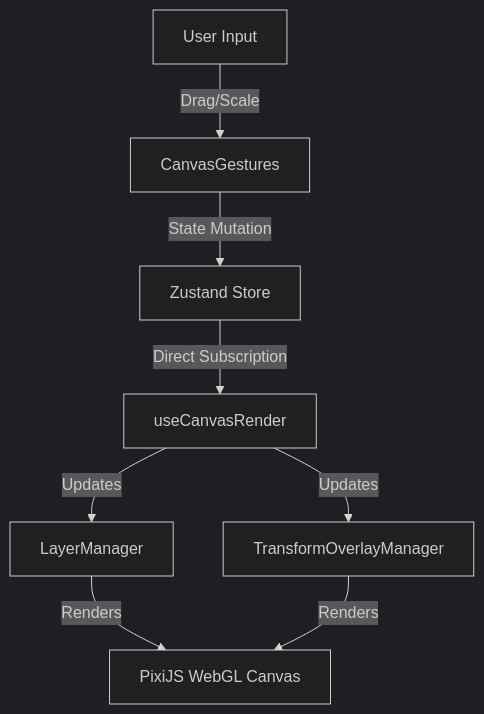
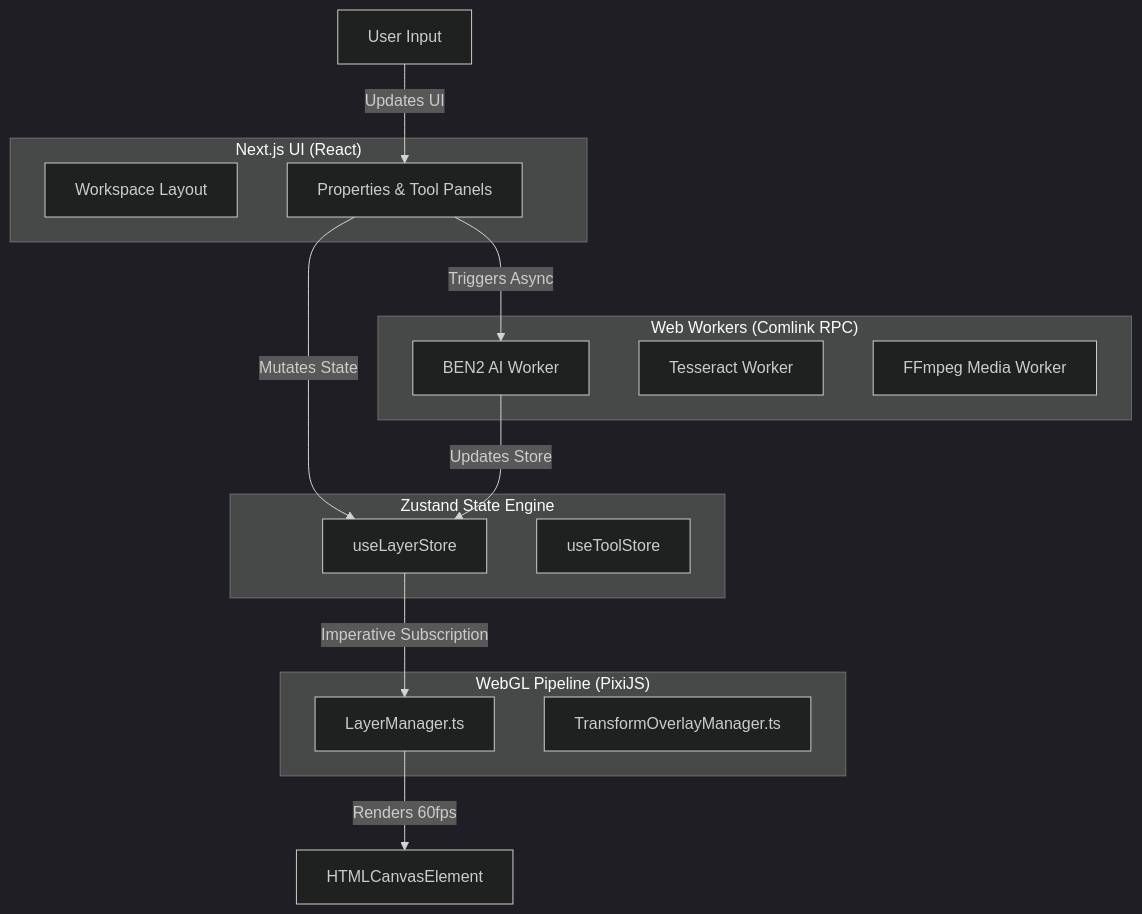
The diagram in docs/ARCHITECTURE.md (mdasifj625/fileforge), drawn with Mermaid (dark theme) before and after one commit. The commit also changed other lines of this file and 2 other files, not shown here.

Commit message:
docs: Massively enrich architecture documentation and AI rules

````diff
--- a/docs/ARCHITECTURE.md
+++ b/docs/ARCHITECTURE.md
@@ -15,10 +13,36 @@
 ```mermaid
 graph TD
-    ZustandStore[Zustand Store] -->|Direct Subscription| useCanvasRender
-    useCanvasRender -->|Updates| LayerManager
-    useCanvasRender -->|Updates| TransformOverlayManager
-    LayerManager -->|Renders| PixiJS[PixiJS WebGL Canvas]
-    TransformOverlayManager -->|Renders| PixiJS
-    User[User Input] -->|Drag/Scale| CanvasGestures
-    CanvasGestures -->|State Mutation| ZustandStore
+    %% UI Layer
+    subgraph "Next.js UI (React)"
+      WorkspaceLayout[Workspace Layout]
+      ToolPanels[Properties & Tool Panels]
+    end
+
+    %% State Layer
+    subgraph "Zustand State Engine"
+      LayerStore[useLayerStore]
+      ToolStore[useToolStore]
+    end
+
+    %% Canvas Engine
+    subgraph "WebGL Pipeline (PixiJS)"
+      LayerManager[LayerManager.ts]
+      OverlayManager[TransformOverlayManager.ts]
+    end
+
+    %% Processing Workers
+    subgraph "Web Workers (Comlink RPC)"
+      AI_ONNX[BEN2 AI Worker]
+      AI_OCR[Tesseract Worker]
+      FFmpeg[FFmpeg Media Worker]
+    end
+
+    %% Data Flow
+    User[User Input] -->|Updates UI| ToolPanels
+    ToolPanels -->|Mutates State| LayerStore
+    LayerStore -->|Imperative Subscription| LayerManager
+    LayerManager -->|Renders 60fps| Canvas[HTMLCanvasElement]
+    
+    ToolPanels -->|Triggers Async| AI_ONNX
+    AI_ONNX -->|Updates Store| LayerStore
 ```
````
